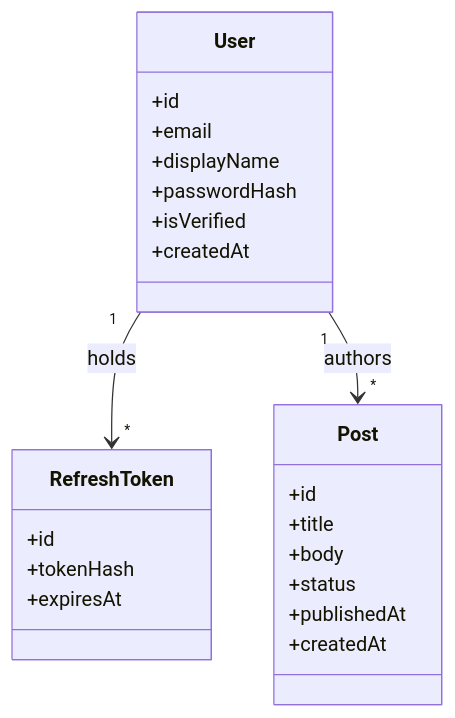
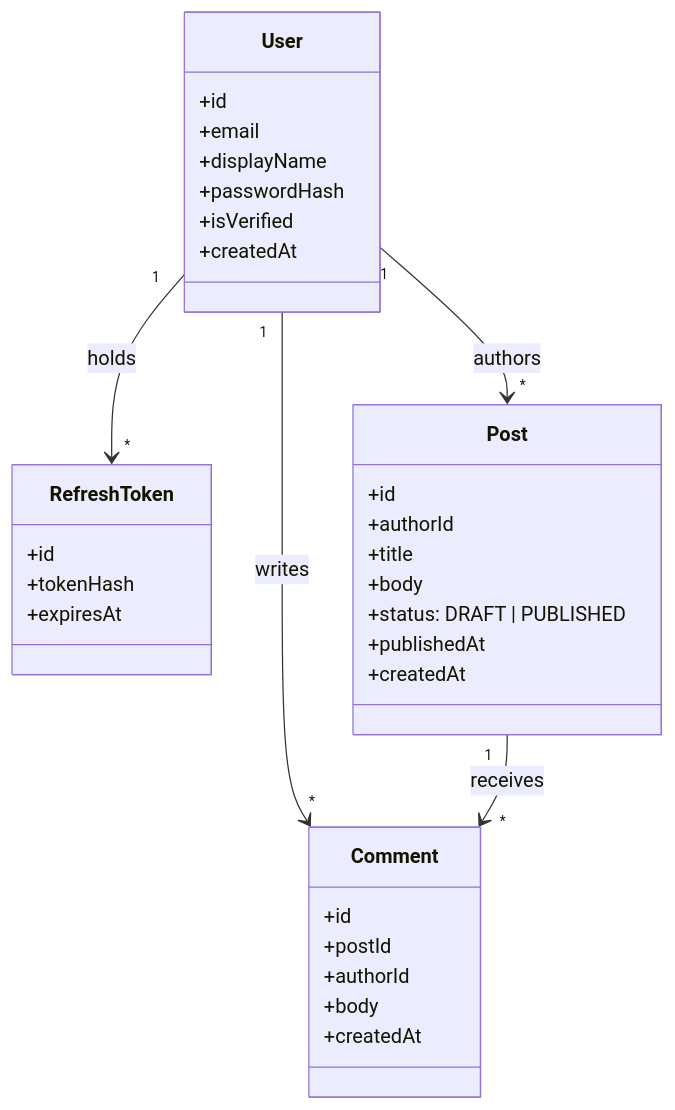
Before and after one commit to n-nu/inkwell: the third of 6 diagrams in docs/requirements/analysis-model.md, drawn with Mermaid. The commit also changed other lines of this file and 4 other files, not shown here.

````diff
--- a/docs/requirements/analysis-model.md
+++ b/docs/requirements/analysis-model.md
@@ -34,26 +35,36 @@
 ```mermaid
 classDiagram
     class User {
         +id
         +email
         +displayName
         +passwordHash
         +isVerified
         +createdAt
     }
     class RefreshToken {
         +id
         +tokenHash
         +expiresAt
     }
     class Post {
         +id
+        +authorId
         +title
         +body
-        +status
+        +status: DRAFT | PUBLISHED
         +publishedAt
+        +createdAt
+    }
+    class Comment {
+        +id
+        +postId
+        +authorId
+        +body
         +createdAt
     }
     User "1" --> "*" RefreshToken : holds
     User "1" --> "*" Post : authors
+    User "1" --> "*" Comment : writes
+    Post "1" --> "*" Comment : receives
 ```
````
